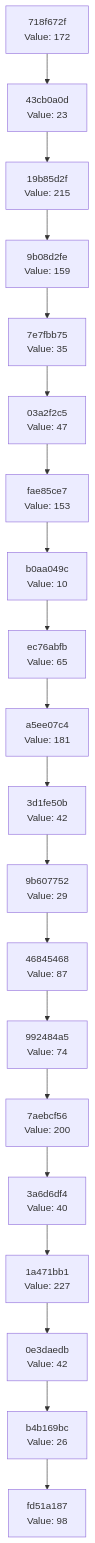
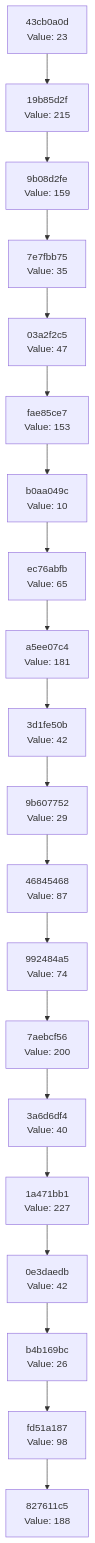
Before and after one commit to Abhisheksinha1506/hash-chain-evolver: the diagram in docs/CHAIN_VISUALIZATION.md, drawn with Mermaid. The commit also changed 3 other files, not shown here.

````diff
--- a/docs/CHAIN_VISUALIZATION.md
+++ b/docs/CHAIN_VISUALIZATION.md
@@ -3,42 +3,42 @@
 ```mermaid
 graph TD
-    C0["fd51a187<br/>Value: 98"]
-    C1["b4b169bc<br/>Value: 26"]
+    C0["827611c5<br/>Value: 188"]
+    C1["fd51a187<br/>Value: 98"]
     C1 --> C0
-    C2["0e3daedb<br/>Value: 42"]
+    C2["b4b169bc<br/>Value: 26"]
     C2 --> C1
-    C3["1a471bb1<br/>Value: 227"]
+    C3["0e3daedb<br/>Value: 42"]
     C3 --> C2
-    C4["3a6d6df4<br/>Value: 40"]
+    C4["1a471bb1<br/>Value: 227"]
     C4 --> C3
-    C5["7aebcf56<br/>Value: 200"]
+    C5["3a6d6df4<br/>Value: 40"]
     C5 --> C4
-    C6["992484a5<br/>Value: 74"]
+    C6["7aebcf56<br/>Value: 200"]
     C6 --> C5
-    C7["46845468<br/>Value: 87"]
+    C7["992484a5<br/>Value: 74"]
     C7 --> C6
-    C8["9b607752<br/>Value: 29"]
+    C8["46845468<br/>Value: 87"]
     C8 --> C7
-    C9["3d1fe50b<br/>Value: 42"]
+    C9["9b607752<br/>Value: 29"]
     C9 --> C8
-    C10["a5ee07c4<br/>Value: 181"]
+    C10["3d1fe50b<br/>Value: 42"]
     C10 --> C9
-    C11["ec76abfb<br/>Value: 65"]
+    C11["a5ee07c4<br/>Value: 181"]
     C11 --> C10
-    C12["b0aa049c<br/>Value: 10"]
+    C12["ec76abfb<br/>Value: 65"]
     C12 --> C11
-    C13["fae85ce7<br/>Value: 153"]
+    C13["b0aa049c<br/>Value: 10"]
     C13 --> C12
-    C14["03a2f2c5<br/>Value: 47"]
+    C14["fae85ce7<br/>Value: 153"]
     C14 --> C13
-    C15["7e7fbb75<br/>Value: 35"]
+    C15["03a2f2c5<br/>Value: 47"]
     C15 --> C14
-    C16["9b08d2fe<br/>Value: 159"]
+    C16["7e7fbb75<br/>Value: 35"]
     C16 --> C15
-    C17["19b85d2f<br/>Value: 215"]
+    C17["9b08d2fe<br/>Value: 159"]
     C17 --> C16
-    C18["43cb0a0d<br/>Value: 23"]
+    C18["19b85d2f<br/>Value: 215"]
     C18 --> C17
-    C19["718f672f<br/>Value: 172"]
+    C19["43cb0a0d<br/>Value: 23"]
     C19 --> C18
 ```
````
